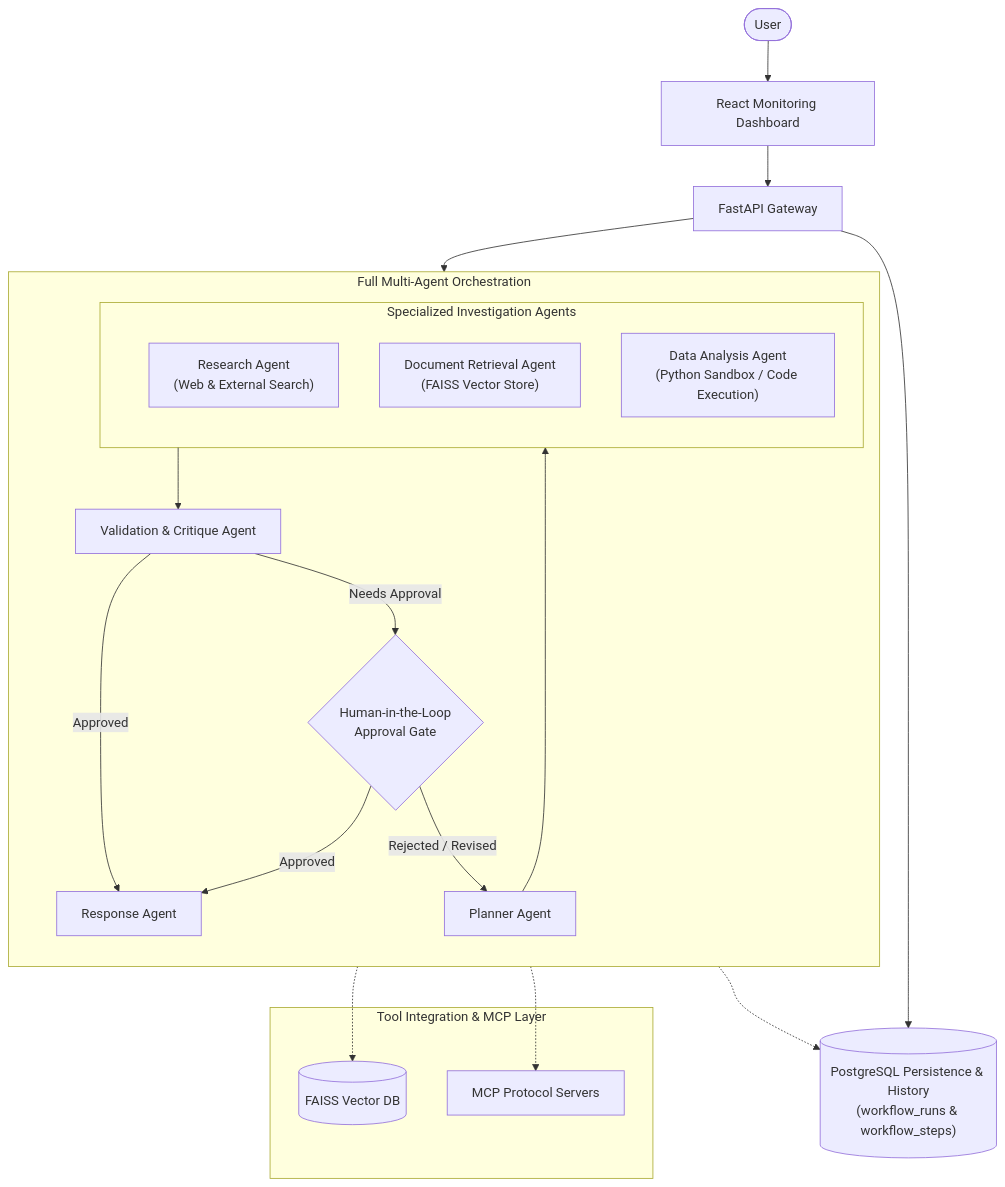
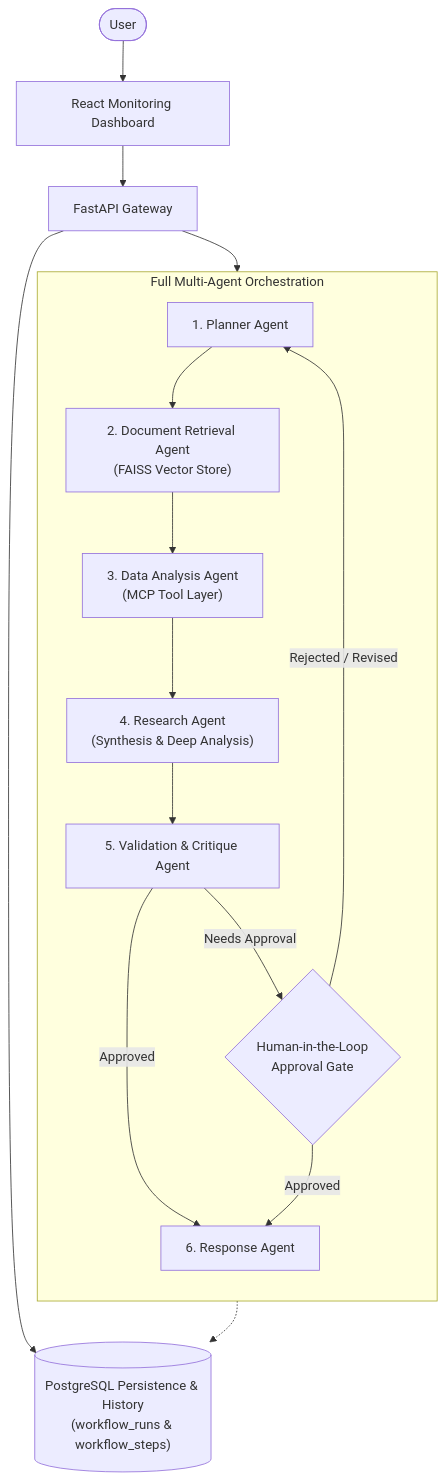
The fifth of 5 diagrams in docs/architecture.md (chargedleo/multi-agent-workflow-platform), drawn with Mermaid before and after one commit. The commit also changed other lines of this file and 42 other files, not shown here.

Commit message:
feat: complete Milestone 4 - data analysis agent and MCP tools

````diff
--- a/docs/architecture.md
+++ b/docs/architecture.md
@@ -208,38 +265,29 @@
 ```mermaid
 flowchart TD
     User([User]) --> UI["React Monitoring Dashboard"]
     UI --> API["FastAPI Gateway"]
     API --> Checkpointer[("PostgreSQL Persistence & History\n(workflow_runs & workflow_steps)")]
     
     subgraph MultiAgentSystem ["Full Multi-Agent Orchestration"]
         direction TB
-        PlannerAgent["Planner Agent"]
+        PlannerAgent["1. Planner Agent"]
+        DocAgent["2. Document Retrieval Agent\n(FAISS Vector Store)"]
+        DataAgent["3. Data Analysis Agent\n(MCP Tool Layer)"]
+        ResearchAgent["4. Research Agent\n(Synthesis & Deep Analysis)"]
+        ValidationAgent["5. Validation & Critique Agent"]
+        HITL{"Human-in-the-Loop\nApproval Gate"}
+        ResponseAgent["6. Response Agent"]
         
-        subgraph ParallelExecution ["Specialized Investigation Agents"]
-            ResearchAgent["Research Agent\n(Web & External Search)"]
-            DocAgent["Document Retrieval Agent\n(FAISS Vector Store)"]
-            DataAgent["Data Analysis Agent\n(Python Sandbox / Code Execution)"]
-        end
-        
-        ValidationAgent["Validation & Critique Agent"]
-        HITL{"Human-in-the-Loop\nApproval Gate"}
-        ResponseAgent["Response Agent"]
-        
-        PlannerAgent --> ParallelExecution
-        ParallelExecution --> ValidationAgent
+        PlannerAgent --> DocAgent
+        DocAgent --> DataAgent
+        DataAgent --> ResearchAgent
+        ResearchAgent --> ValidationAgent
         ValidationAgent -->|Needs Approval| HITL
         ValidationAgent -->|Approved| ResponseAgent
         HITL -->|Approved| ResponseAgent
         HITL -->|Rejected / Revised| PlannerAgent
     end
 
     API --> MultiAgentSystem
     MultiAgentSystem -.-> Checkpointer
-    
-    subgraph ExternalTools ["Tool Integration & MCP Layer"]
-        FAISS[("FAISS Vector DB")]
-        MCP["MCP Protocol Servers"]
-        DocAgent -.-> FAISS
-        ResearchAgent -.-> MCP
-    end
 ```
````
